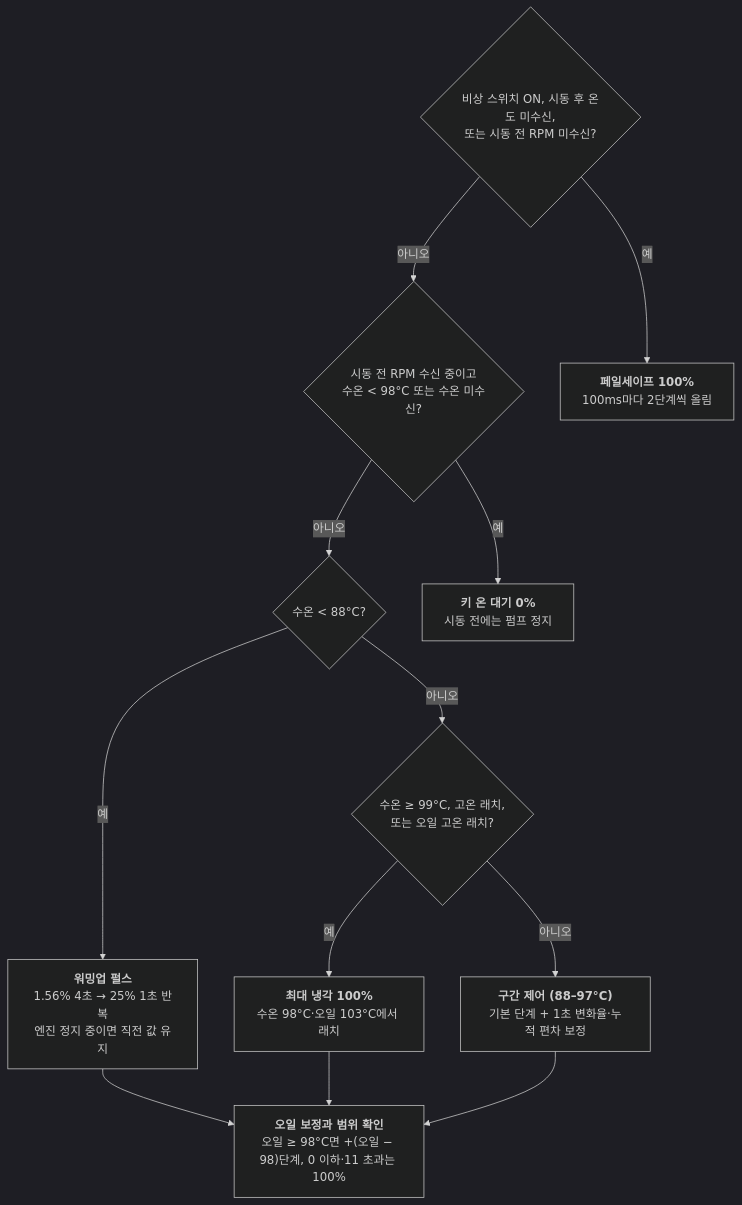
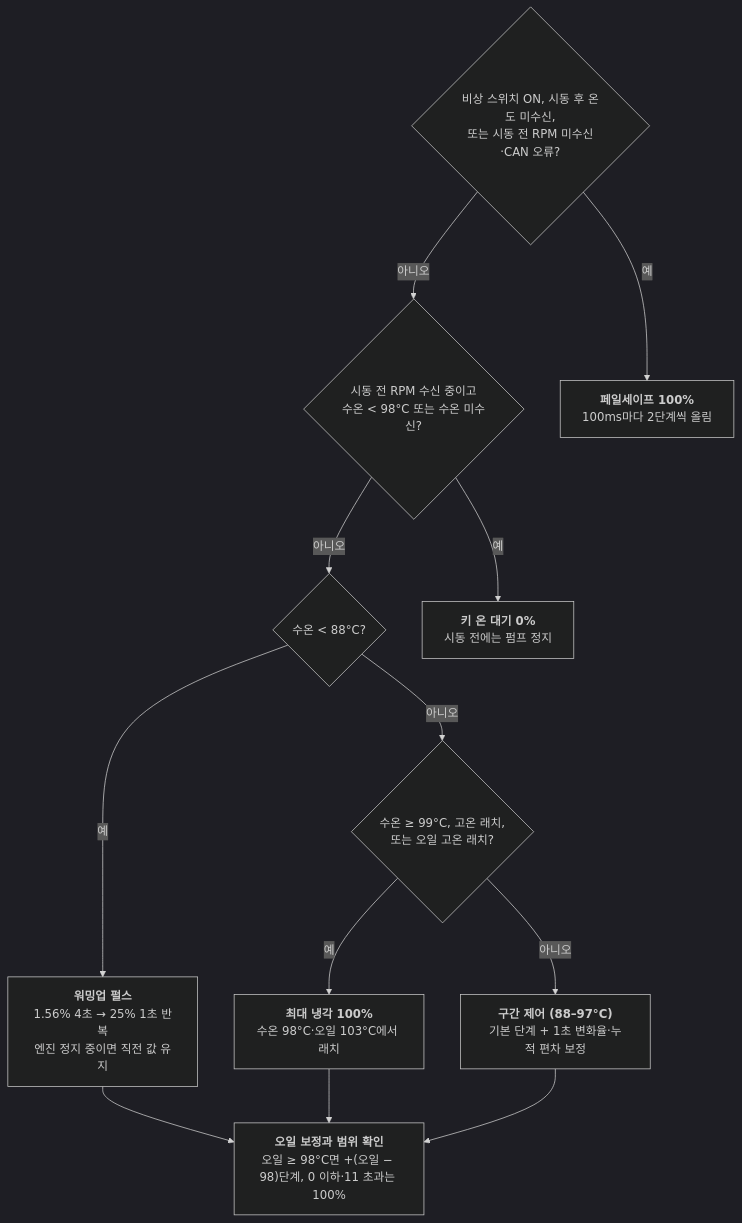
One commit to hanjo-jung/ElectricWaterPump changed the diagram in docs/2026-11-10-pump-control-spec.md. Above: the diagram before and after it, drawn with Mermaid (dark theme). The commit also changed other lines of this file and 1 other file, not shown here.

First line of the commit message:
Fail safe on CAN loss before engine start and never block setup on CAN init

````diff
--- a/docs/2026-11-10-pump-control-spec.md
+++ b/docs/2026-11-10-pump-control-spec.md
@@ -72,25 +72,25 @@
 ```mermaid
 flowchart TD
-    Q1{"비상 스위치 ON, 시동 후 온도 미수신,<br/>또는 시동 전 RPM 미수신?"}
+    Q1{"비상 스위치 ON, 시동 후 온도 미수신,<br/>또는 시동 전 RPM 미수신·CAN 오류?"}
     Q2{"시동 전 RPM 수신 중이고<br/>수온 #lt; 98°C 또는 수온 미수신?"}
     Q3{"수온 #lt; 88°C?"}
     Q4{"수온 ≥ 99°C, 고온 래치,<br/>또는 오일 고온 래치?"}
     FS["<b>페일세이프 100%</b><br/>100ms마다 2단계씩 올림"]
     KO["<b>키 온 대기 0%</b><br/>시동 전에는 펌프 정지"]
     WU["<b>워밍업 펄스</b><br/>1.56% 4초 → 25% 1초 반복<br/>엔진 정지 중이면 직전 값 유지"]
     MX["<b>최대 냉각 100%</b><br/>수온 98°C·오일 103°C에서 래치"]
     BC["<b>구간 제어 (88–97°C)</b><br/>기본 단계 + 1초 변화율·누적 편차 보정"]
     OIL["<b>오일 보정과 범위 확인</b><br/>오일 ≥ 98°C면 +(오일 − 98)단계, 0 이하·11 초과는 100%"]
 
     Q1 -->|예| FS
     Q1 -->|아니오| Q2
     Q2 -->|예| KO
     Q2 -->|아니오| Q3
     Q3 -->|예| WU
     Q3 -->|아니오| Q4
     Q4 -->|예| MX
     Q4 -->|아니오| BC
     WU --> OIL
     MX --> OIL
     BC --> OIL
 ```
````
